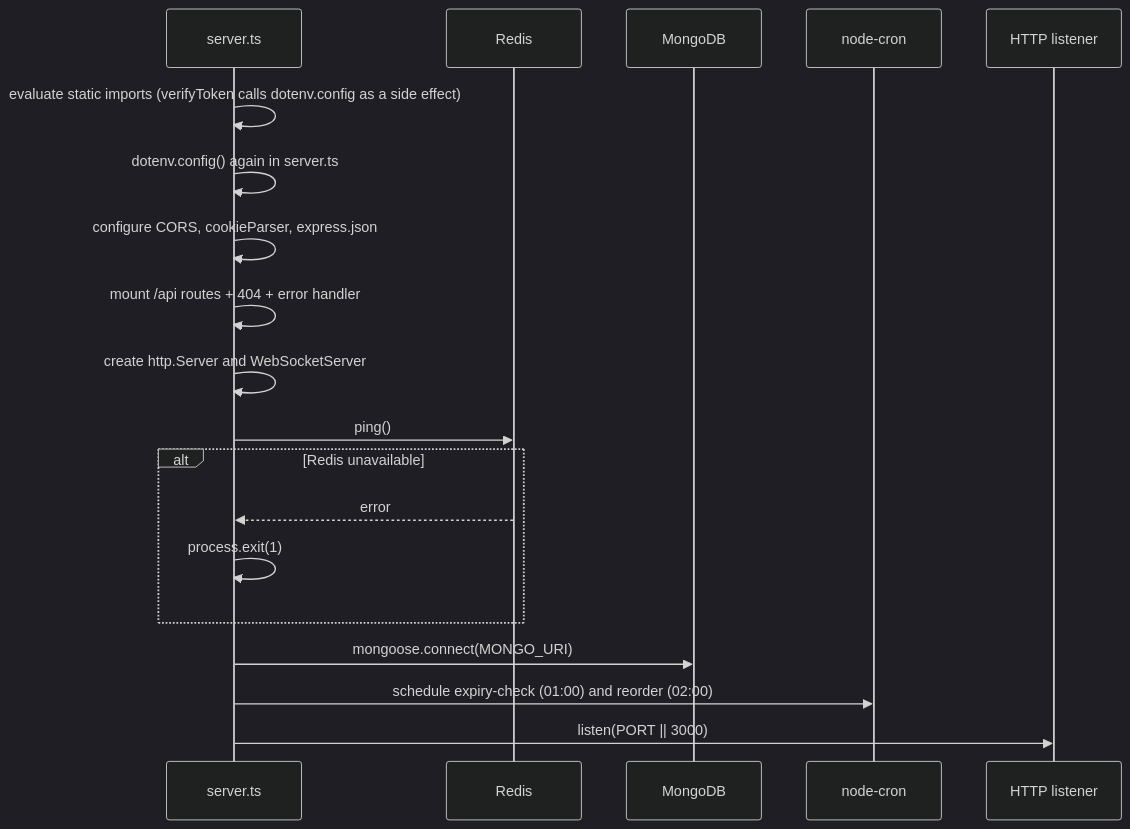
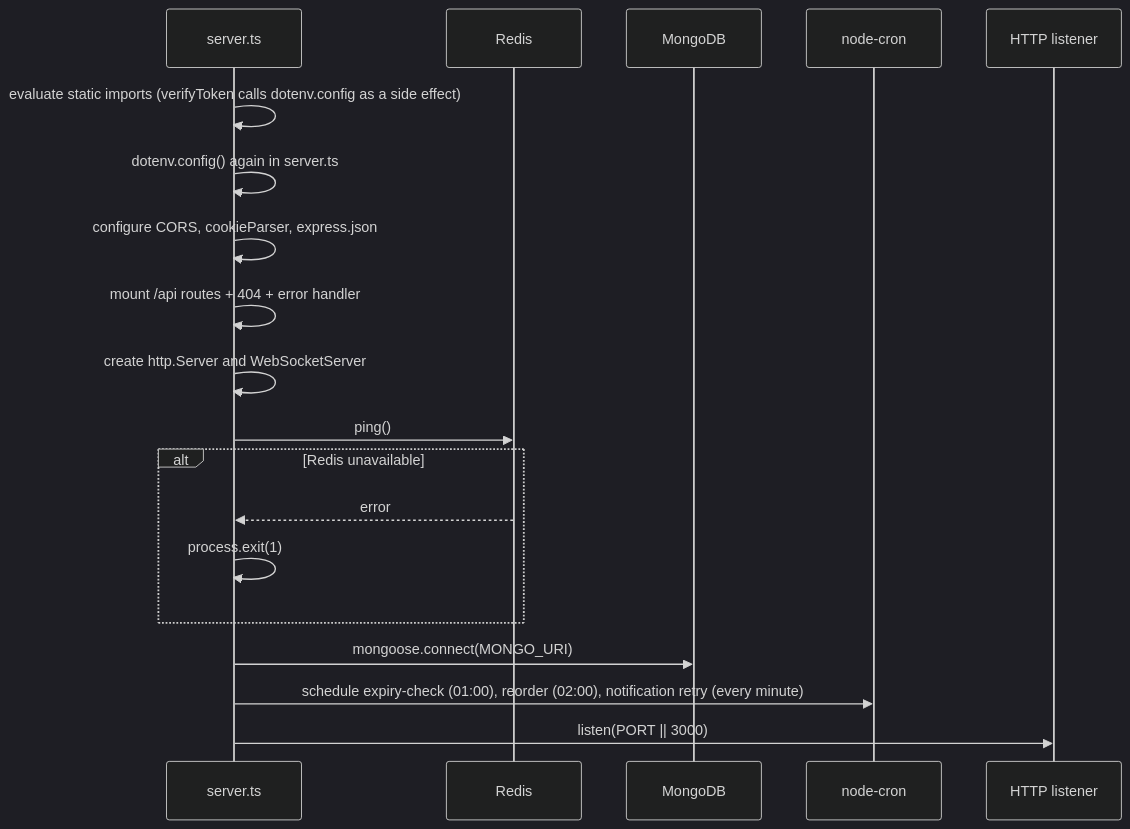
One commit to aabhushanCD/spims changed the second of 3 diagrams in server/docs/architecture/system-overview.md. Above: the diagram before and after it, drawn with Mermaid (dark theme). The commit also changed other lines of this file and 22 other files, not shown here.

````diff
--- a/server/docs/architecture/system-overview.md
+++ b/server/docs/architecture/system-overview.md
@@ -67,22 +67,22 @@
 ```mermaid
 sequenceDiagram
   participant Process as server.ts
   participant Redis as Redis
   participant Mongo as MongoDB
   participant Cron as node-cron
   participant HTTP as HTTP listener
 
   Process->>Process: evaluate static imports (verifyToken calls dotenv.config as a side effect)
   Process->>Process: dotenv.config() again in server.ts
   Process->>Process: configure CORS, cookieParser, express.json
   Process->>Process: mount /api routes + 404 + error handler
   Process->>Process: create http.Server and WebSocketServer
   Process->>Redis: ping()
   alt Redis unavailable
     Redis-->>Process: error
     Process->>Process: process.exit(1)
   end
   Process->>Mongo: mongoose.connect(MONGO_URI)
-  Process->>Cron: schedule expiry-check (01:00) and reorder (02:00)
+  Process->>Cron: schedule expiry-check (01:00), reorder (02:00), notification retry (every minute)
   Process->>HTTP: listen(PORT || 3000)
 ```
````
